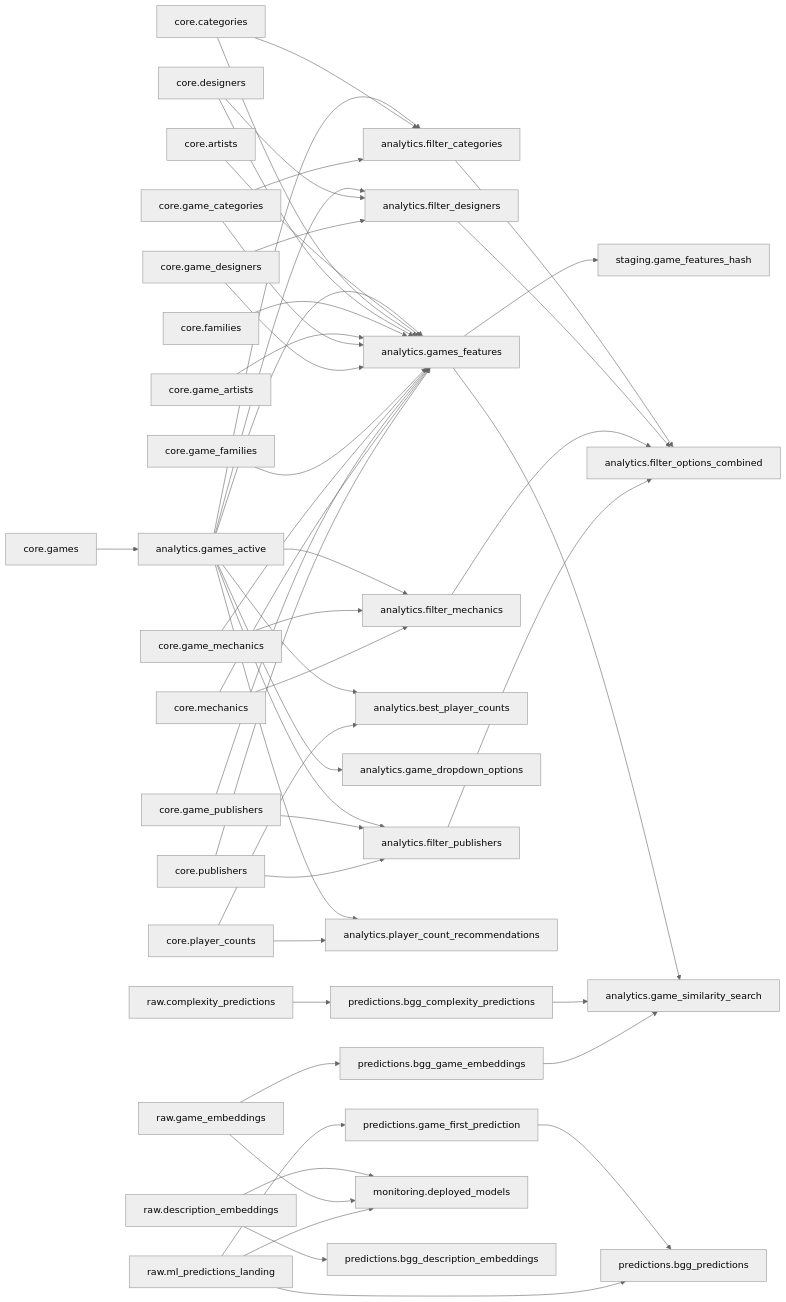
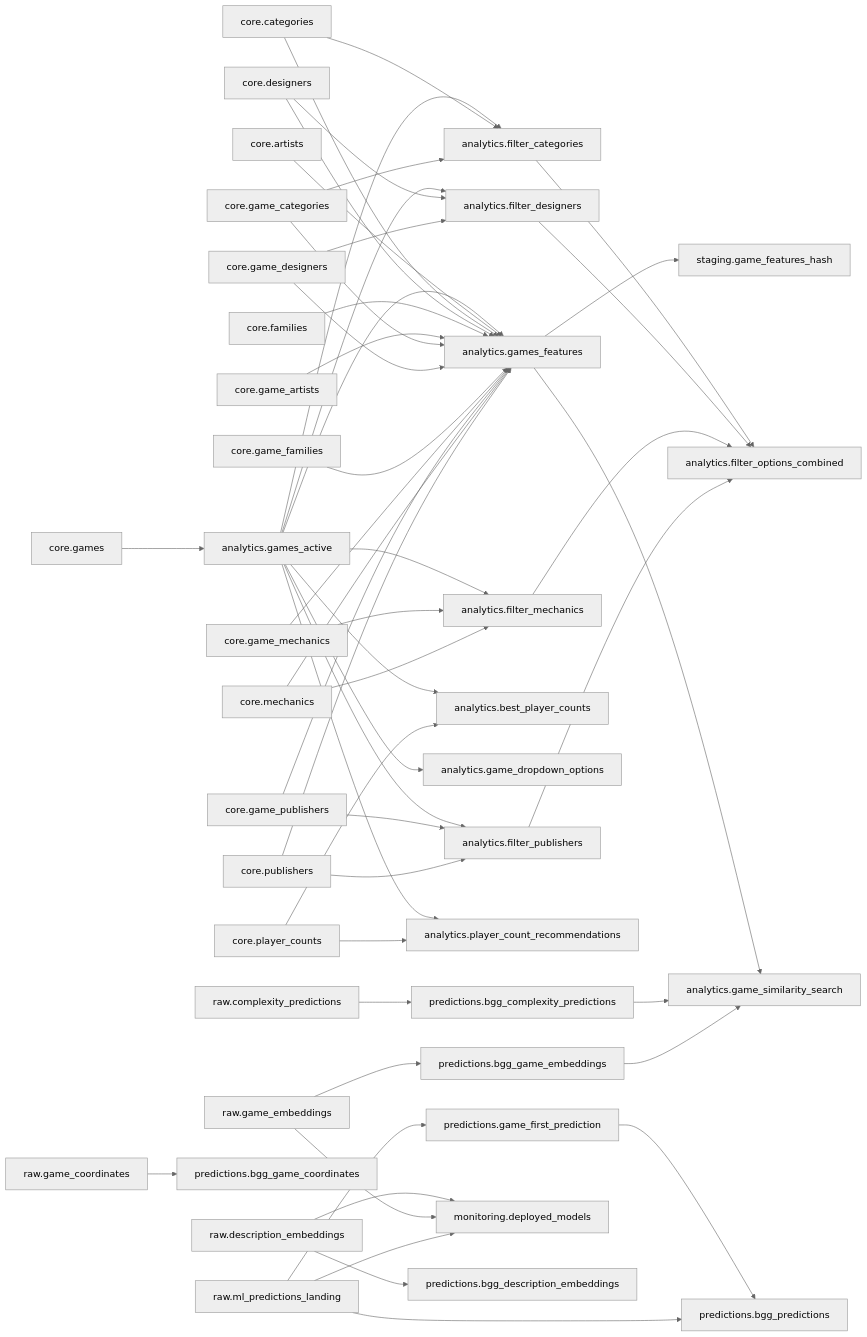
One commit to phenrickson/bgg-data-warehouse changed the diagram in docs/lineage.md. Above: the diagram before and after it, drawn with Mermaid (neutral theme). The commit also changed 1 other file, not shown here.

Commit message:
Update Dataform lineage diagram [skip ci]

````diff
--- a/docs/lineage.md
+++ b/docs/lineage.md
@@ -3,51 +3,52 @@
 ```mermaid
 graph LR
     analytics__filter_categories["analytics.filter_categories"] --> analytics__filter_options_combined["analytics.filter_options_combined"]
     analytics__filter_designers["analytics.filter_designers"] --> analytics__filter_options_combined["analytics.filter_options_combined"]
     analytics__filter_mechanics["analytics.filter_mechanics"] --> analytics__filter_options_combined["analytics.filter_options_combined"]
     analytics__filter_publishers["analytics.filter_publishers"] --> analytics__filter_options_combined["analytics.filter_options_combined"]
     analytics__games_active["analytics.games_active"] --> analytics__best_player_counts["analytics.best_player_counts"]
     analytics__games_active["analytics.games_active"] --> analytics__filter_categories["analytics.filter_categories"]
     analytics__games_active["analytics.games_active"] --> analytics__filter_designers["analytics.filter_designers"]
     analytics__games_active["analytics.games_active"] --> analytics__filter_mechanics["analytics.filter_mechanics"]
     analytics__games_active["analytics.games_active"] --> analytics__filter_publishers["analytics.filter_publishers"]
     analytics__games_active["analytics.games_active"] --> analytics__game_dropdown_options["analytics.game_dropdown_options"]
     analytics__games_active["analytics.games_active"] --> analytics__games_features["analytics.games_features"]
     analytics__games_active["analytics.games_active"] --> analytics__player_count_recommendations["analytics.player_count_recommendations"]
     analytics__games_features["analytics.games_features"] --> analytics__game_similarity_search["analytics.game_similarity_search"]
     analytics__games_features["analytics.games_features"] --> staging__game_features_hash["staging.game_features_hash"]
     core__artists["core.artists"] --> analytics__games_features["analytics.games_features"]
     core__categories["core.categories"] --> analytics__filter_categories["analytics.filter_categories"]
     core__categories["core.categories"] --> analytics__games_features["analytics.games_features"]
     core__designers["core.designers"] --> analytics__filter_designers["analytics.filter_designers"]
     core__designers["core.designers"] --> analytics__games_features["analytics.games_features"]
     core__families["core.families"] --> analytics__games_features["analytics.games_features"]
     core__game_artists["core.game_artists"] --> analytics__games_features["analytics.games_features"]
     core__game_categories["core.game_categories"] --> analytics__filter_categories["analytics.filter_categories"]
     core__game_categories["core.game_categories"] --> analytics__games_features["analytics.games_features"]
     core__game_designers["core.game_designers"] --> analytics__filter_designers["analytics.filter_designers"]
     core__game_designers["core.game_designers"] --> analytics__games_features["analytics.games_features"]
     core__game_families["core.game_families"] --> analytics__games_features["analytics.games_features"]
     core__game_mechanics["core.game_mechanics"] --> analytics__filter_mechanics["analytics.filter_mechanics"]
     core__game_mechanics["core.game_mechanics"] --> analytics__games_features["analytics.games_features"]
     core__game_publishers["core.game_publishers"] --> analytics__filter_publishers["analytics.filter_publishers"]
     core__game_publishers["core.game_publishers"] --> analytics__games_features["analytics.games_features"]
     core__games["core.games"] --> analytics__games_active["analytics.games_active"]
     core__mechanics["core.mechanics"] --> analytics__filter_mechanics["analytics.filter_mechanics"]
     core__mechanics["core.mechanics"] --> analytics__games_features["analytics.games_features"]
     core__player_counts["core.player_counts"] --> analytics__best_player_counts["analytics.best_player_counts"]
     core__player_counts["core.player_counts"] --> analytics__player_count_recommendations["analytics.player_count_recommendations"]
     core__publishers["core.publishers"] --> analytics__filter_publishers["analytics.filter_publishers"]
     core__publishers["core.publishers"] --> analytics__games_features["analytics.games_features"]
     predictions__bgg_complexity_predictions["predictions.bgg_complexity_predictions"] --> analytics__game_similarity_search["analytics.game_similarity_search"]
     predictions__bgg_game_embeddings["predictions.bgg_game_embeddings"] --> analytics__game_similarity_search["analytics.game_similarity_search"]
     predictions__game_first_prediction["predictions.game_first_prediction"] --> predictions__bgg_predictions["predictions.bgg_predictions"]
     raw__complexity_predictions["raw.complexity_predictions"] --> predictions__bgg_complexity_predictions["predictions.bgg_complexity_predictions"]
     raw__description_embeddings["raw.description_embeddings"] --> monitoring__deployed_models["monitoring.deployed_models"]
     raw__description_embeddings["raw.description_embeddings"] --> predictions__bgg_description_embeddings["predictions.bgg_description_embeddings"]
+    raw__game_coordinates["raw.game_coordinates"] --> predictions__bgg_game_coordinates["predictions.bgg_game_coordinates"]
     raw__game_embeddings["raw.game_embeddings"] --> monitoring__deployed_models["monitoring.deployed_models"]
     raw__game_embeddings["raw.game_embeddings"] --> predictions__bgg_game_embeddings["predictions.bgg_game_embeddings"]
     raw__ml_predictions_landing["raw.ml_predictions_landing"] --> monitoring__deployed_models["monitoring.deployed_models"]
     raw__ml_predictions_landing["raw.ml_predictions_landing"] --> predictions__bgg_predictions["predictions.bgg_predictions"]
     raw__ml_predictions_landing["raw.ml_predictions_landing"] --> predictions__game_first_prediction["predictions.game_first_prediction"]
 ```
````
